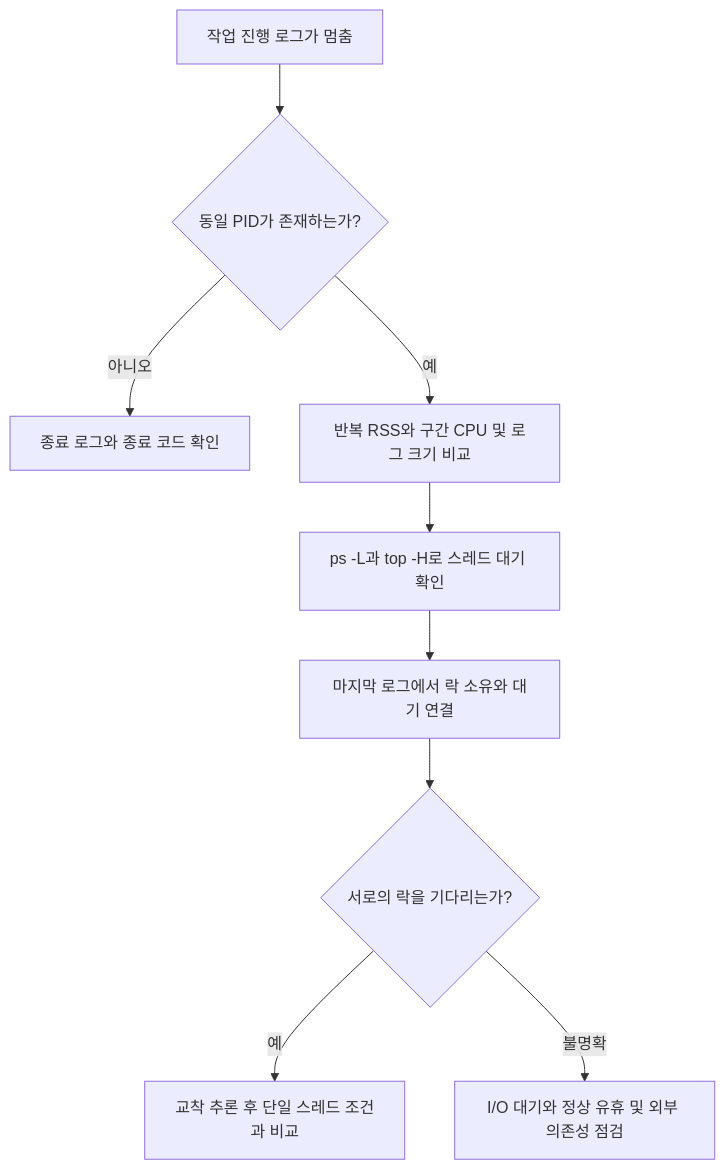
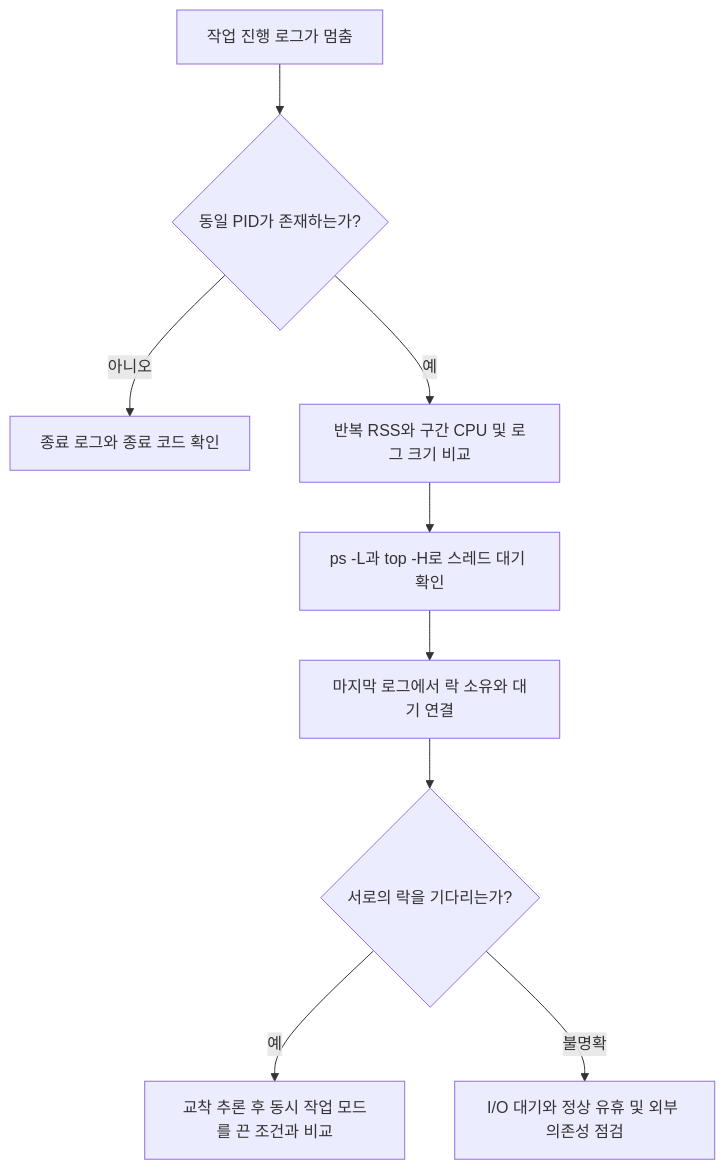
The second of 2 diagrams in 1-2/README.md (00skgun/codessey_quiz_project), drawn with Mermaid before and after one commit. The commit also changed other lines of this file and 4 other files, not shown here.

````diff
--- a/1-2/README.md
+++ b/1-2/README.md
@@ -157,11 +188,11 @@
 ```mermaid
 flowchart TD
   A[작업 진행 로그가 멈춤] --> B{동일 PID가 존재하는가?}
   B -->|아니오| C[종료 로그와 종료 코드 확인]
   B -->|예| D[반복 RSS와 구간 CPU 및 로그 크기 비교]
   D --> E[ps -L과 top -H로 스레드 대기 확인]
   E --> F[마지막 로그에서 락 소유와 대기 연결]
   F --> G{서로의 락을 기다리는가?}
-  G -->|예| H[교착 추론 후 단일 스레드 조건과 비교]
+  G -->|예| H[교착 추론 후 동시 작업 모드를 끈 조건과 비교]
   G -->|불명확| I[I/O 대기와 정상 유휴 및 외부 의존성 점검]
 ```
````
